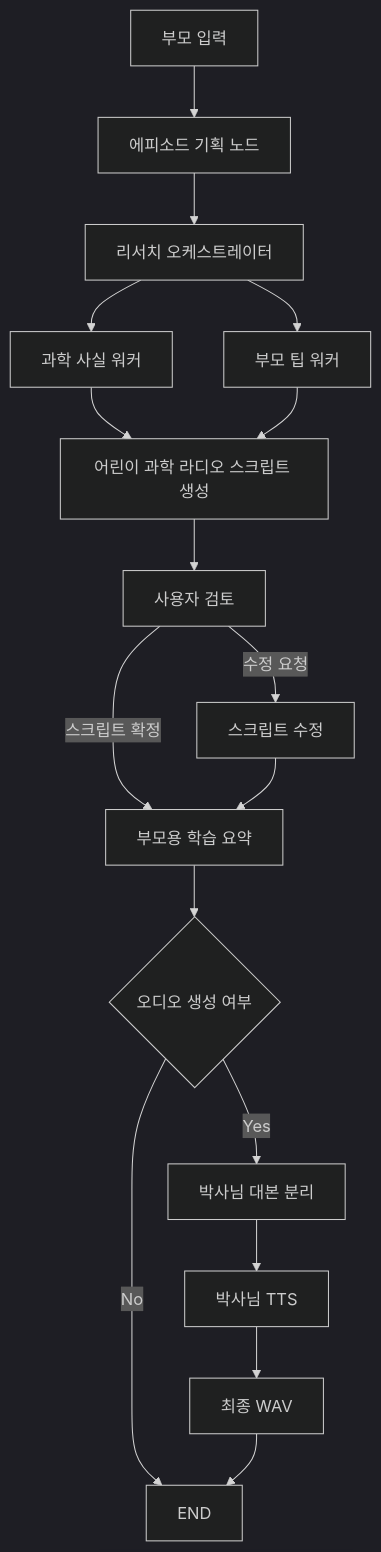
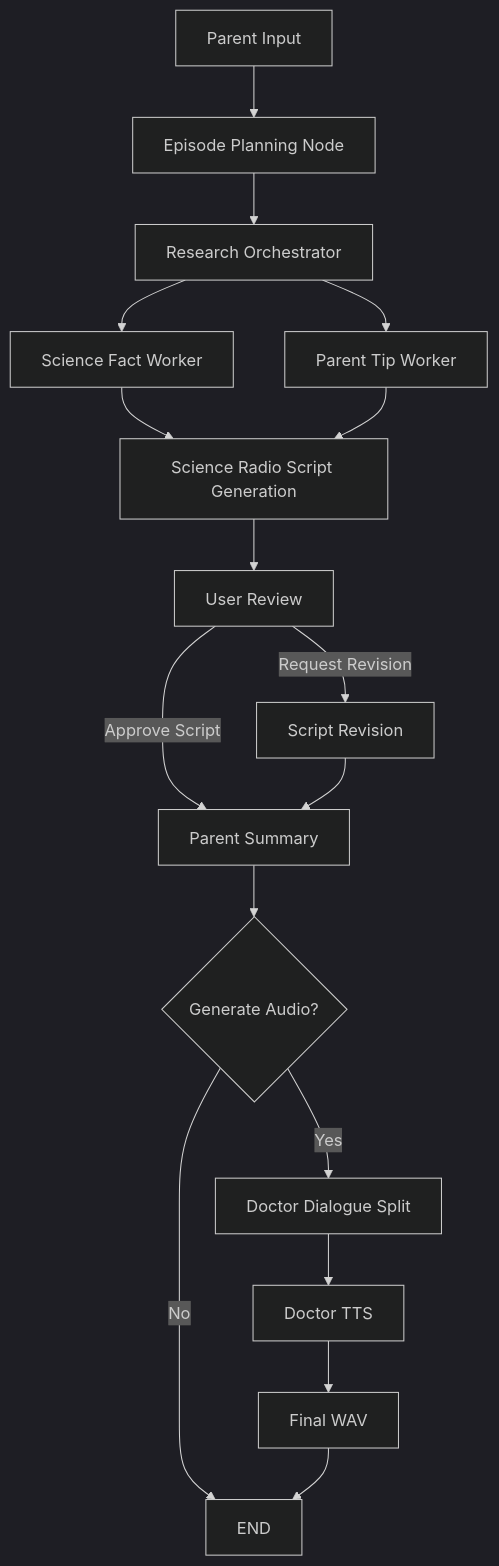
Before and after one commit to hesshess/little-science-pod: the diagram in README.md, drawn with Mermaid (dark theme). The commit also changed other lines of this file, not shown here.

````diff
--- a/README.md
+++ b/README.md
@@ -80,19 +65,19 @@
 ```mermaid
 graph TD
-    A[부모 입력] --> B[에피소드 기획 노드]
-    B --> C[리서치 오케스트레이터]
-    C --> D1[과학 사실 워커]
-    C --> D2[부모 팁 워커]
-    D1 --> E[어린이 과학 라디오 스크립트 생성]
+    A[Parent Input] --> B[Episode Planning Node]
+    B --> C[Research Orchestrator]
+    C --> D1[Science Fact Worker]
+    C --> D2[Parent Tip Worker]
+    D1 --> E[Science Radio Script Generation]
     D2 --> E
-    E --> F[사용자 검토]
-    F -->|스크립트 확정| G[부모용 학습 요약]
-    F -->|수정 요청| H[스크립트 수정]
+    E --> F[User Review]
+    F -->|Approve Script| G[Parent Summary]
+    F -->|Request Revision| H[Script Revision]
     H --> G
-    G --> I{오디오 생성 여부}
-    I -->|Yes| J[박사님 대본 분리]
-    J --> K[박사님 TTS]
-    K --> L[최종 WAV]
+    G --> I{Generate Audio?}
+    I -->|Yes| J[Doctor Dialogue Split]
+    J --> K[Doctor TTS]
+    K --> L[Final WAV]
     I -->|No| M[END]
     L --> M
 ```
````
